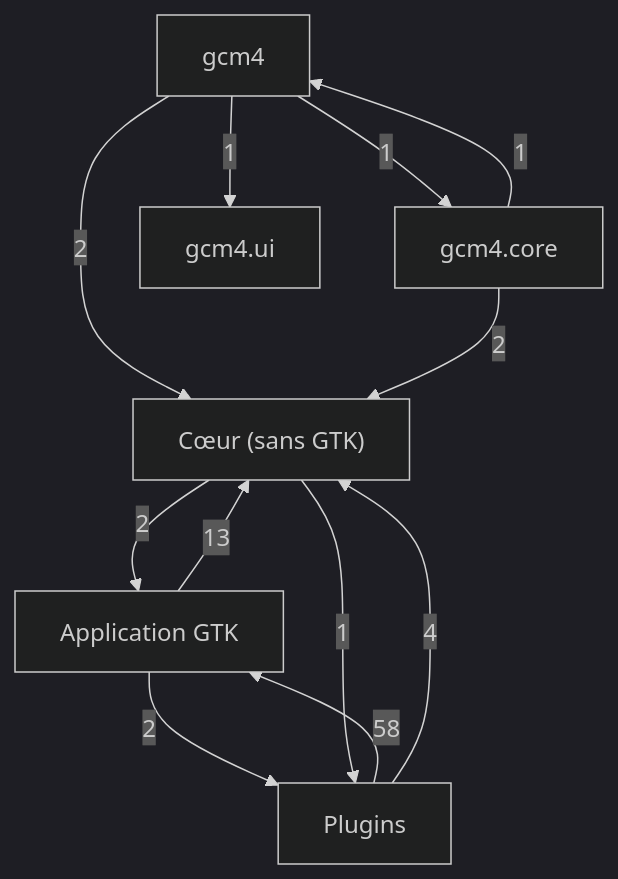
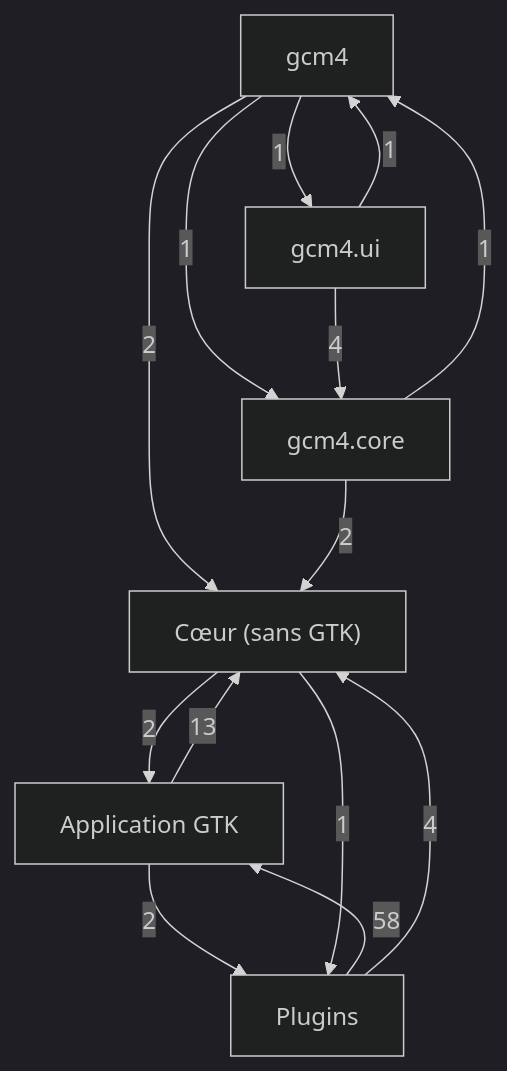
One commit to Mathide-Team/Gcm4 changed the first of 7 diagrams in docs/class-diagram.md. Above: the diagram before and after it, drawn with Mermaid (dark theme). The commit also changed other lines of this file and 41 other files, not shown here.

````diff
--- a/docs/class-diagram.md
+++ b/docs/class-diagram.md
@@ -21,20 +21,22 @@
 ```mermaid
 flowchart TD
     g0["Cœur (sans GTK)"]
     g1["Application GTK"]
     g2["Plugins"]
     g3["gcm4"]
     g4["gcm4.core"]
     g5["gcm4.ui"]
     g1 -->|13| g0
     g1 -->|2| g2
     g0 -->|2| g1
     g0 -->|1| g2
     g2 -->|58| g1
     g2 -->|4| g0
     g3 -->|2| g0
     g3 -->|1| g4
     g3 -->|1| g5
     g4 -->|2| g0
     g4 -->|1| g3
+    g5 -->|1| g3
+    g5 -->|4| g4
 ```
````
